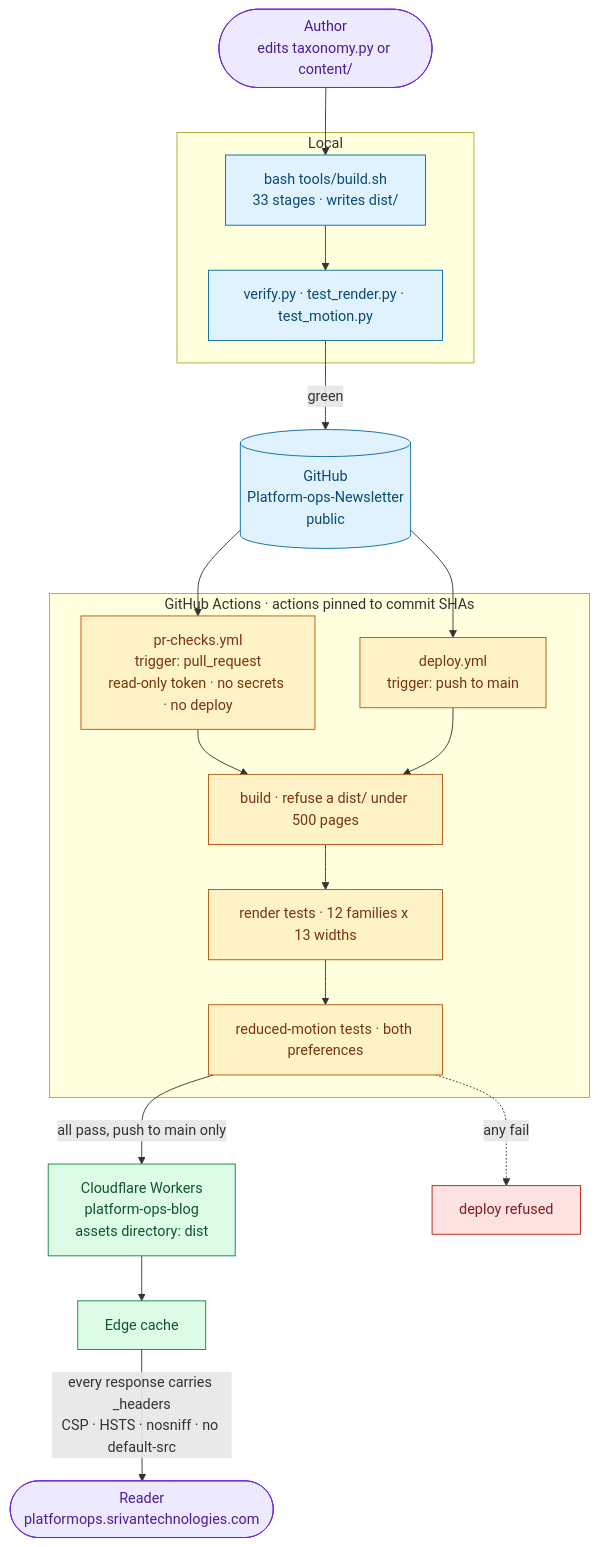
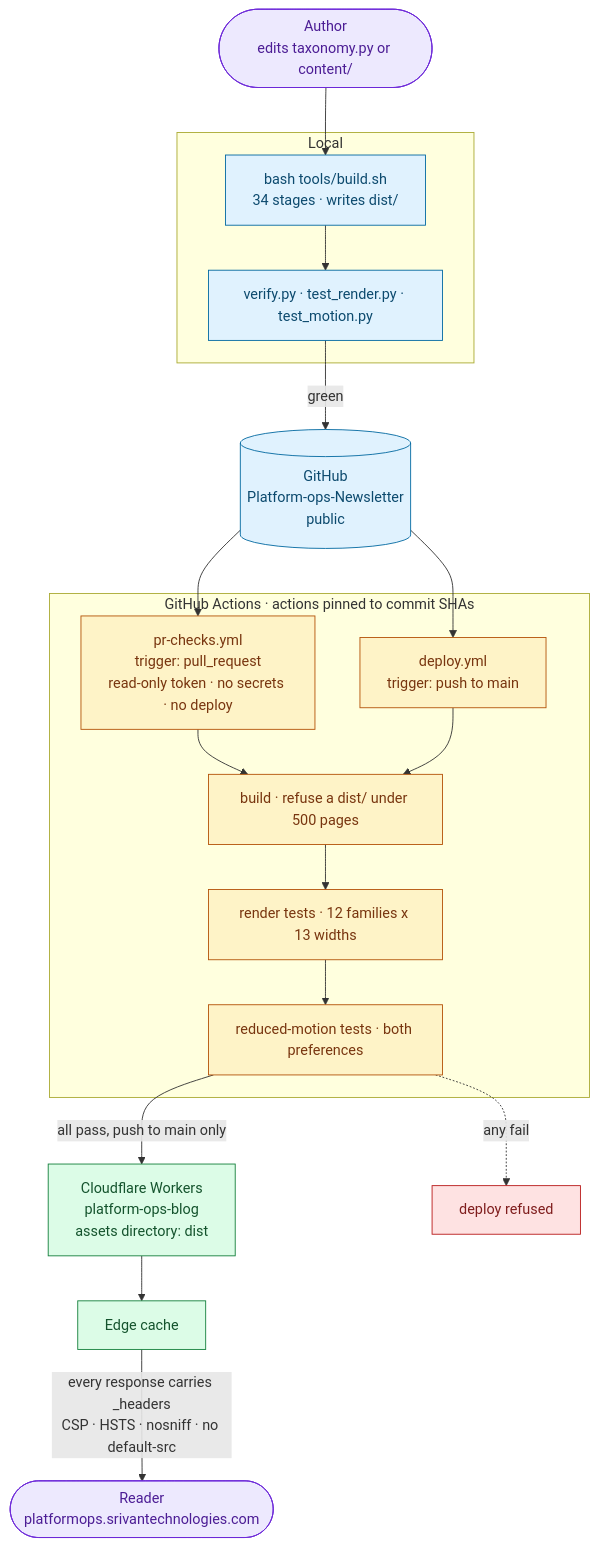
One commit to Vishal-Abhinav/Platform-ops-Newsletter changed the second of 3 diagrams in README.md. Above: the diagram before and after it, drawn with Mermaid. The commit also changed other lines of this file and 6 other files, not shown here.

````diff
--- a/README.md
+++ b/README.md
@@ -214,47 +214,47 @@
 ```mermaid
 flowchart TB
   DEV(["Author<br/>edits taxonomy.py or content/"])
 
   subgraph LOCAL["Local"]
-    BUILD["bash tools/build.sh<br/>33 stages · writes dist/"]
+    BUILD["bash tools/build.sh<br/>34 stages · writes dist/"]
     SUITE["verify.py · test_render.py · test_motion.py"]
   end
 
   GH[("GitHub<br/>Platform-ops-Newsletter<br/>public")]
 
   subgraph CI["GitHub Actions · actions pinned to commit SHAs"]
     PR["pr-checks.yml<br/>trigger: pull_request<br/>read-only token · no secrets · no deploy"]
     DEP["deploy.yml<br/>trigger: push to main"]
     G1["build · refuse a dist/ under 500 pages"]
     G2["render tests · 12 families x 13 widths"]
     G3["reduced-motion tests · both preferences"]
   end
 
   CF["Cloudflare Workers<br/>platform-ops-blog<br/>assets directory: dist"]
   EDGE["Edge cache"]
   READER(["Reader<br/>platformops.srivantechnologies.com"])
   BLOCK["deploy refused"]
 
   DEV --> BUILD --> SUITE
   SUITE -->|green| GH
   GH --> PR
   GH --> DEP
   PR --> G1
   DEP --> G1
   G1 --> G2 --> G3
   G3 -->|all pass, push to main only| CF
   G3 -.->|any fail| BLOCK
   CF --> EDGE
   EDGE -->|"every response carries _headers<br/>CSP · HSTS · nosniff · no default-src"| READER
 
   classDef human fill:#ede9fe,stroke:#6d28d9,color:#4c1d95
   classDef local fill:#e0f2fe,stroke:#0369a1,color:#0c4a6e
   classDef ci fill:#fef3c7,stroke:#b45309,color:#78350f
   classDef edge fill:#dcfce7,stroke:#15803d,color:#14532d
   classDef bad fill:#fee2e2,stroke:#b91c1c,color:#7f1d1d
   class DEV,READER human
   class BUILD,SUITE,GH local
   class PR,DEP,G1,G2,G3 ci
   class CF,EDGE edge
   class BLOCK bad
 ```
````
